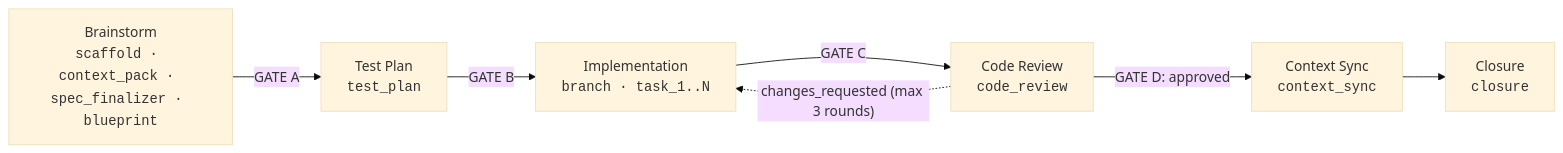
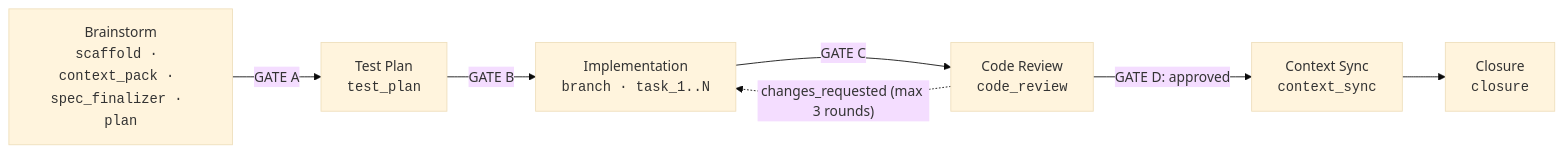
Before and after one commit to piyushbhargava1412/arcus-plugin: the diagram in site/concepts/pipeline.md, drawn with Mermaid (base theme). The commit also changed other lines of this file and 38 other files, not shown here.

First line of the commit message:
refactor(ARC-0006): split shared plan.md into single-owner grounded-spec.md + plan.md

````diff
--- a/site/concepts/pipeline.md
+++ b/site/concepts/pipeline.md
@@ -45,10 +45,10 @@
 ```mermaid
 flowchart LR
-  S1["Brainstorm<br/><code>scaffold · context_pack · spec_finalizer · blueprint</code>"]
+  S1["Brainstorm<br/><code>scaffold · context_pack · spec_finalizer · plan</code>"]
   S1 -->|"GATE A"| S2["Test Plan<br/><code>test_plan</code>"]
   S2 -->|"GATE B"| S3["Implementation<br/><code>branch · task_1..N</code>"]
   S3 -->|"GATE C"| S4["Code Review<br/><code>code_review</code>"]
   S4 -->|"GATE D: approved"| S5["Context Sync<br/><code>context_sync</code>"]
   S5 --> S6["Closure<br/><code>closure</code>"]
   S4 -. "changes_requested (max 3 rounds)" .-> S3
 ```
````
